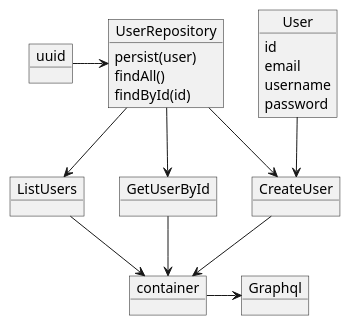
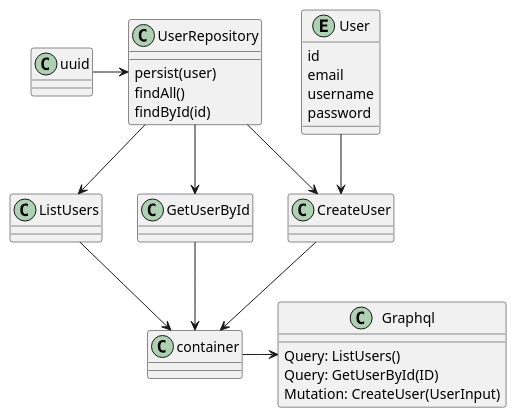
One commit to PintaApis/developars-club changed the diagram in apps/server/doc/schema.puml. Above: the diagram before and after it, drawn with PlantUML. The commit also changed 11 other files, not shown here.

```diff
--- a/apps/server/doc/schema.puml
+++ b/apps/server/doc/schema.puml
@@ -1,38 +1,42 @@
 @startuml
-  object User {
+  entity User {
     id
     email
     username
     password
   }
 
-  object UserRepository {
+  class UserRepository {
     persist(user)
     findAll()
     findById(id)
   }
 
-  object uuid
+  class uuid
 
-  object CreateUser
-  object ListUsers
-  object GetUserById
+  class CreateUser
+  class ListUsers
+  class GetUserById
 
-  object container
+  class container
 
-  object Graphql
+  class Graphql {
+    Query: ListUsers()
+    Query: GetUserById(ID)
+    Mutation: CreateUser(UserInput)
+  }
 
   uuid -> UserRepository
 
   User --> CreateUser
   UserRepository --> CreateUser
   UserRepository --> ListUsers
   UserRepository --> GetUserById
 
   CreateUser --> container
   ListUsers --> container
   GetUserById --> container
 
   container -> Graphql
 
 @enduml
```
